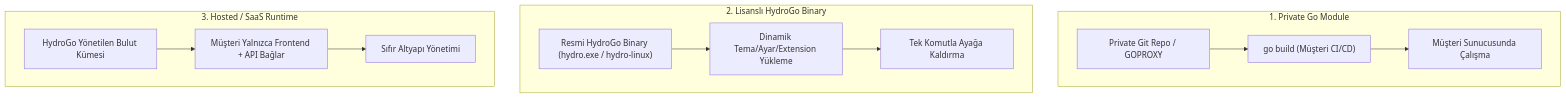
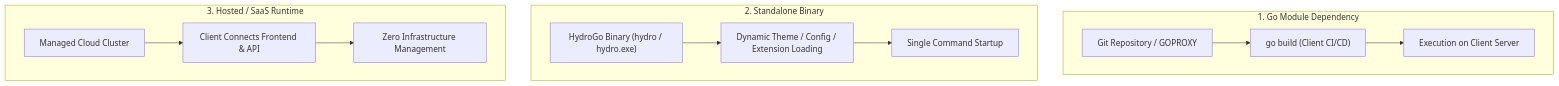
The first of 2 diagrams in docs/COMMERCIAL_LICENSING.md (hydrohq/hydrogo), drawn with Mermaid before and after one commit. The commit also changed other lines of this file and 156 other files, not shown here.

````diff
--- a/docs/COMMERCIAL_LICENSING.md
+++ b/docs/COMMERCIAL_LICENSING.md
@@ -29,17 +29,17 @@
 ```mermaid
 flowchart TD
-    subgraph Option1 ["1. Private Go Module"]
-        P1["Private Git Repo / GOPROXY"] --> B1["go build (Müşteri CI/CD)"]
-        B1 --> R1["Müşteri Sunucusunda Çalışma"]
+    subgraph Option1 ["1. Go Module Dependency"]
+        P1["Git Repository / GOPROXY"] --> B1["go build (Client CI/CD)"]
+        B1 --> R1["Execution on Client Server"]
     end
 
-    subgraph Option2 ["2. Lisanslı HydroGo Binary"]
-        P2["Resmi HydroGo Binary (hydro.exe / hydro-linux)"] --> R2["Dinamik Tema/Ayar/Extension Yükleme"]
-        R2 --> S2["Tek Komutla Ayağa Kaldırma"]
+    subgraph Option2 ["2. Standalone Binary"]
+        P2["HydroGo Binary (hydro / hydro.exe)"] --> R2["Dynamic Theme / Config / Extension Loading"]
+        R2 --> S2["Single Command Startup"]
     end
 
     subgraph Option3 ["3. Hosted / SaaS Runtime"]
-        P3["HydroGo Yönetilen Bulut Kümesi"] --> R3["Müşteri Yalnızca Frontend + API Bağlar"]
-        R3 --> S3["Sıfır Altyapı Yönetimi"]
+        P3["Managed Cloud Cluster"] --> R3["Client Connects Frontend & API"]
+        R3 --> S3["Zero Infrastructure Management"]
     end
 ```
````
